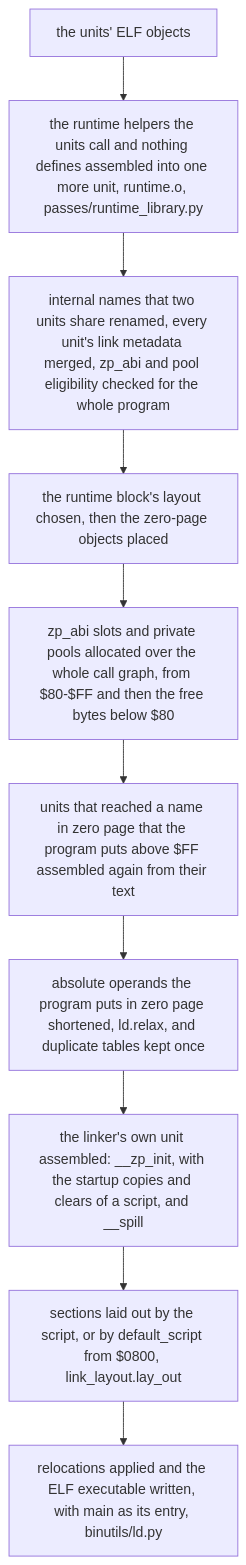
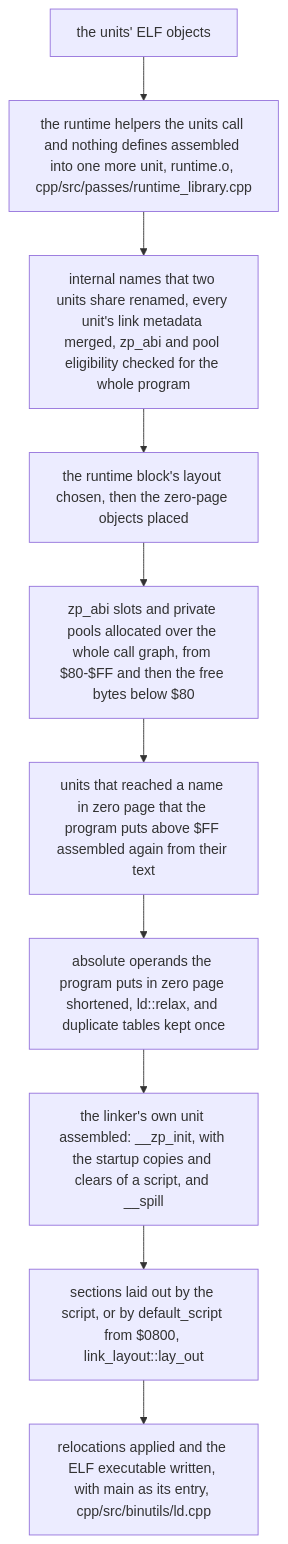
The second of 2 diagrams in docs/architecture.md (XekriRedmane/c6502), drawn with Mermaid before and after one commit. The commit also changed other lines of this file and 153 other files, not shown here.

````diff
--- a/docs/architecture.md
+++ b/docs/architecture.md
@@ -332,14 +343,14 @@
 ```mermaid
 flowchart TD
     objs["the units' ELF objects"]
-    lib["the runtime helpers the units call and nothing defines assembled into one more unit, runtime.o, passes/runtime_library.py"]
+    lib["the runtime helpers the units call and nothing defines assembled into one more unit, runtime.o, cpp/src/passes/runtime_library.cpp"]
     names["internal names that two units share renamed, every unit's link metadata merged, zp_abi and pool eligibility checked for the whole program"]
     zp["the runtime block's layout chosen, then the zero-page objects placed"]
     slots["zp_abi slots and private pools allocated over the whole call graph, from $80-$FF and then the free bytes below $80"]
     asm["units that reached a name in zero page that the program puts above $FF assembled again from their text"]
-    relax["absolute operands the program puts in zero page shortened, ld.relax, and duplicate tables kept once"]
+    relax["absolute operands the program puts in zero page shortened, ld::relax, and duplicate tables kept once"]
     own["the linker's own unit assembled: __zp_init, with the startup copies and clears of a script, and __spill"]
-    lay["sections laid out by the script, or by default_script from $0800, link_layout.lay_out"]
-    exe["relocations applied and the ELF executable written, with main as its entry, binutils/ld.py"]
+    lay["sections laid out by the script, or by default_script from $0800, link_layout::lay_out"]
+    exe["relocations applied and the ELF executable written, with main as its entry, cpp/src/binutils/ld.cpp"]
     objs --> lib --> names --> zp --> slots --> asm --> relax --> own --> lay --> exe
 ```
````
